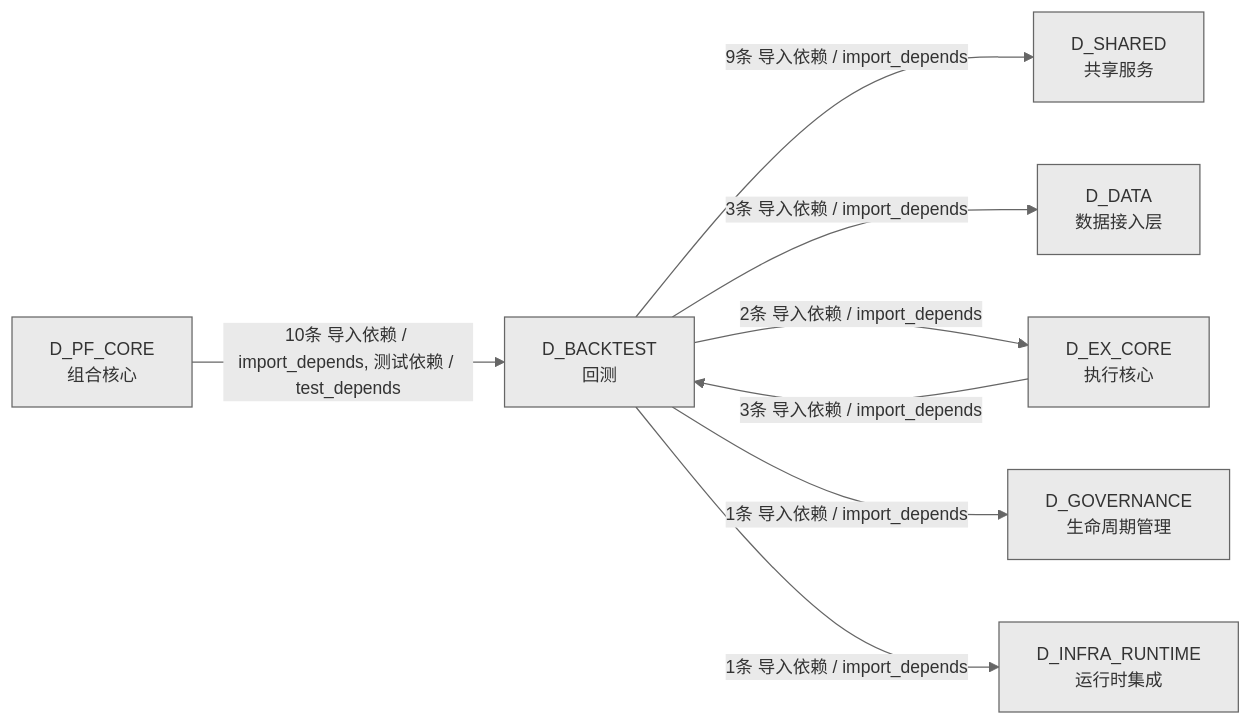
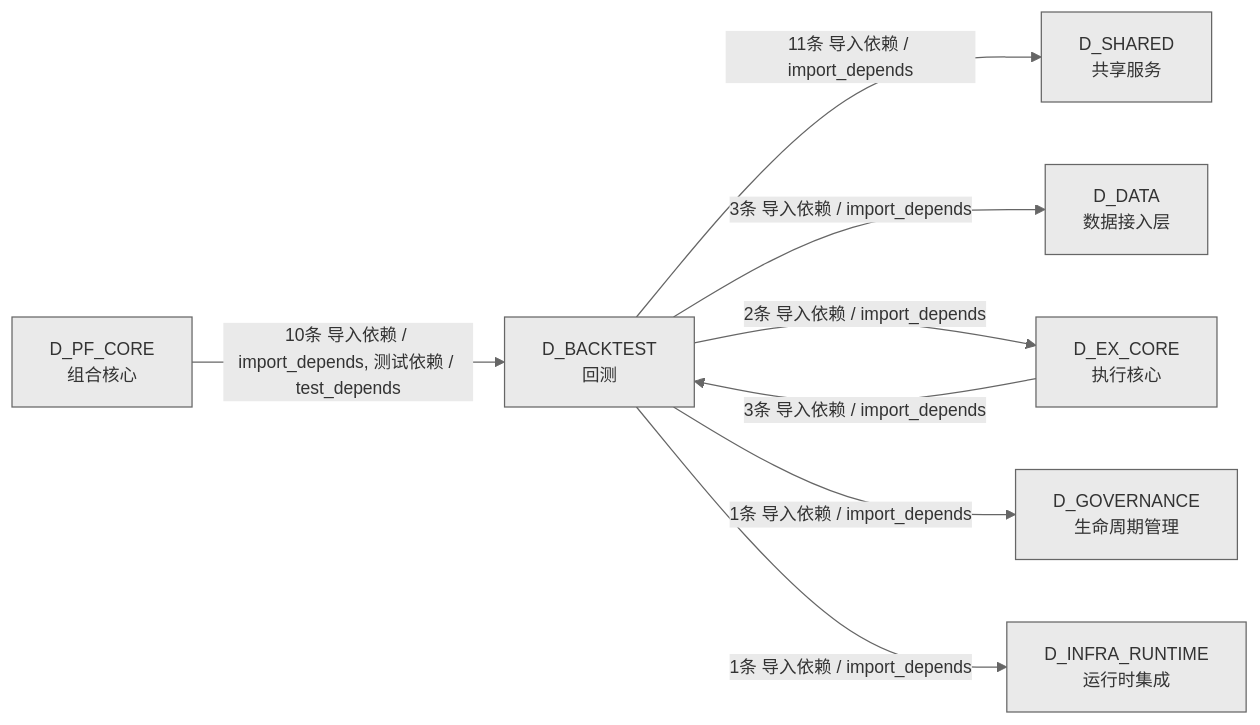
One commit to xuanFelixVan/ZephyrAlpha changed the fourth of 4 diagrams in docs/02_enterprise_architecture/02_domain_architecture_docs/35_d_backtest.md. Above: the diagram before and after it, drawn with Mermaid. The commit also changed other lines of this file and 46 other files, not shown here.

````diff
--- a/docs/02_enterprise_architecture/02_domain_architecture_docs/35_d_backtest.md
+++ b/docs/02_enterprise_architecture/02_domain_architecture_docs/35_d_backtest.md
@@ -349,18 +357,18 @@
 ```mermaid
 %%{init: {'theme': 'base', 'themeVariables': {'primaryColor': '#eaeaea', 'primaryTextColor': '#333333', 'primaryBorderColor': '#666666', 'lineColor': '#666666', 'secondaryColor': '#eaeaea', 'tertiaryColor': '#eaeaea', 'fontSize': '14px'}}}%%
 graph LR
     D_BACKTEST["D_BACKTEST<br/>回测"]
     D_SHARED["D_SHARED<br/>共享服务"]
     D_DATA["D_DATA<br/>数据接入层"]
     D_EX_CORE["D_EX_CORE<br/>执行核心"]
     D_GOVERNANCE["D_GOVERNANCE<br/>生命周期管理"]
     D_INFRA_RUNTIME["D_INFRA_RUNTIME<br/>运行时集成"]
     D_PF_CORE["D_PF_CORE<br/>组合核心"]
-    D_BACKTEST -->|9条 导入依赖 / import_depends| D_SHARED
+    D_BACKTEST -->|11条 导入依赖 / import_depends| D_SHARED
     D_BACKTEST -->|3条 导入依赖 / import_depends| D_DATA
     D_BACKTEST -->|2条 导入依赖 / import_depends| D_EX_CORE
     D_BACKTEST -->|1条 导入依赖 / import_depends| D_GOVERNANCE
     D_BACKTEST -->|1条 导入依赖 / import_depends| D_INFRA_RUNTIME
     D_PF_CORE -->|10条 导入依赖 / import_depends, 测试依赖 / test_depends| D_BACKTEST
     D_EX_CORE -->|3条 导入依赖 / import_depends| D_BACKTEST
 ```
````
